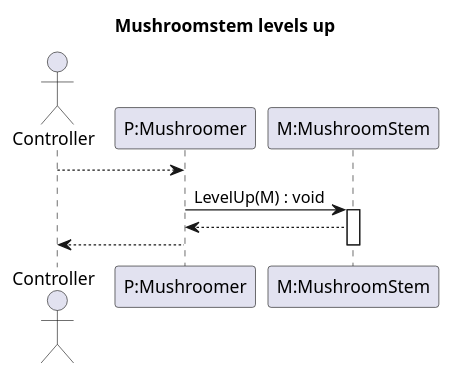
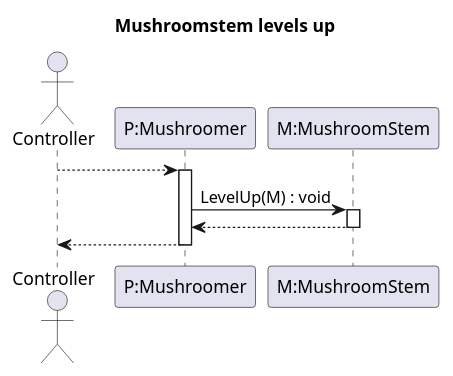
One commit to Petya-G/fungorium changed the diagram in 3/sequence/mushroomStemLevelUp.puml. Above: the diagram before and after it, drawn with PlantUML.

Commit message:
# fix levelup diagram

```diff
--- a/3/sequence/mushroomStemLevelUp.puml
+++ b/3/sequence/mushroomStemLevelUp.puml
@@ -1,15 +1,18 @@
 @startuml levelUp
 title Mushroomstem levels up
 
 actor Controller
 participant "P:Mushroomer" as P
 participant "M:MushroomStem" as M
 
 Controller-->P
+activate P
 P -> M: LevelUp(M) : void
 activate M
 M --> P
-P --> Controller 
 deactivate M
 
+P --> Controller 
+deactivate P
+
 @enduml
```
